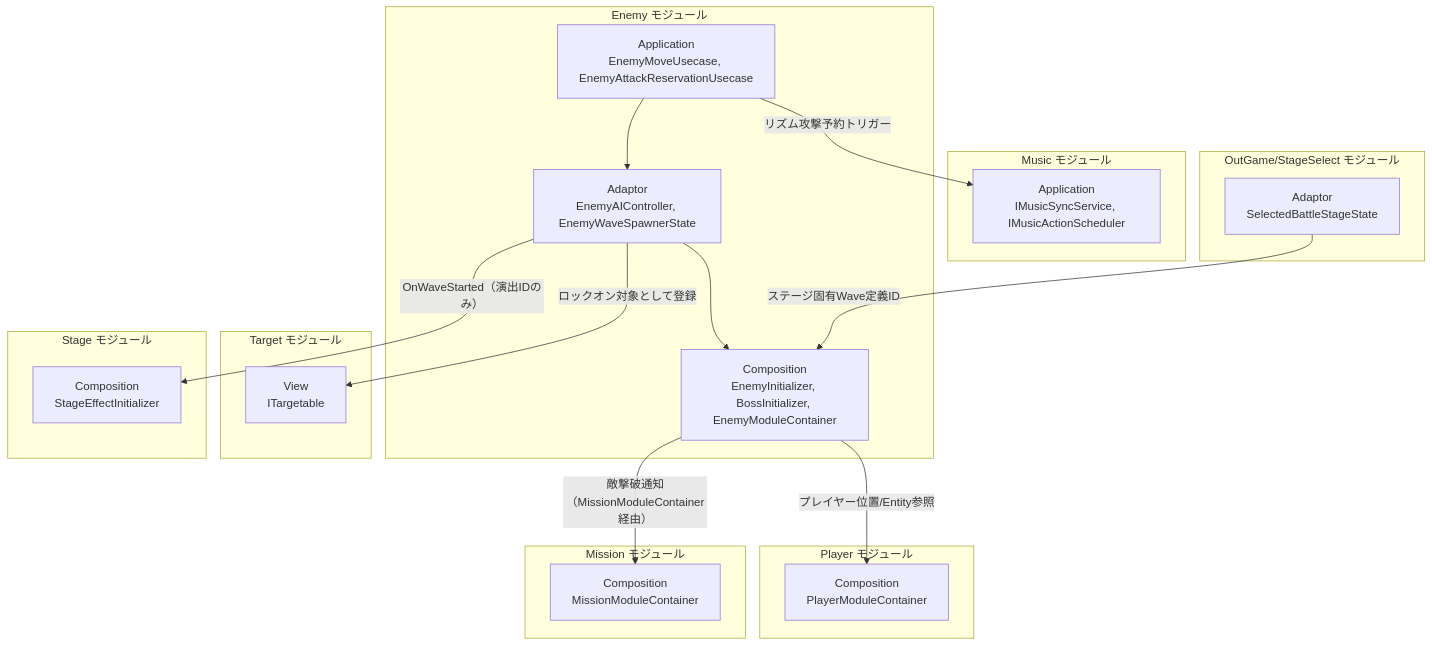
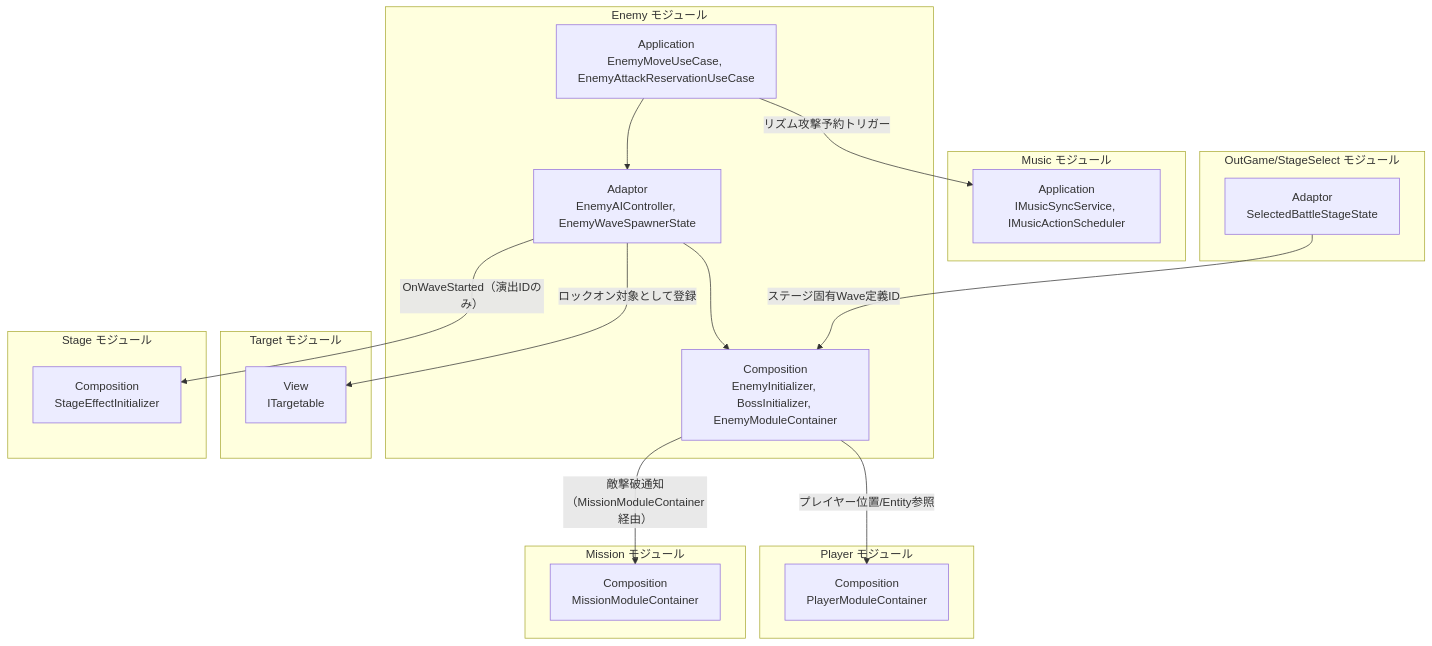
The first of 5 diagrams in Assets/Docs/ScriptsDocs/Modules/NotionModuleDocs/Enemy.md (HIBIKI5201/SymphonyKillChord), drawn with Mermaid before and after one commit. The commit also changed other lines of this file and 89 other files, not shown here.

First line of the commit message:
refactor: 型名の綴りと表記ゆれを直す（AttackPipelineAsset・UseCase・Repository）

````diff
--- a/Assets/Docs/ScriptsDocs/Modules/NotionModuleDocs/Enemy.md
+++ b/Assets/Docs/ScriptsDocs/Modules/NotionModuleDocs/Enemy.md
@@ -86,43 +86,43 @@
 ```mermaid
 graph TD
     %% 定義 (接続のないレイヤーは省略)
     subgraph EnemyModule [Enemy モジュール]
-        E_App["Application<br>EnemyMoveUsecase, EnemyAttackReservationUsecase"]
+        E_App["Application<br>EnemyMoveUseCase, EnemyAttackReservationUseCase"]
         E_Adaptor["Adaptor<br>EnemyAIController, EnemyWaveSpawnerState"]
         E_Composition["Composition<br>EnemyInitializer, BossInitializer, EnemyModuleContainer"]
         E_App --> E_Adaptor
         E_Adaptor --> E_Composition
     end
 
     subgraph PlayerModule [Player モジュール]
         P_Composition["Composition<br>PlayerModuleContainer"]
     end
 
     subgraph MusicModule [Music モジュール]
         M_App["Application<br>IMusicSyncService, IMusicActionScheduler"]
     end
 
     subgraph TargetModule [Target モジュール]
         T_View["View<br>ITargetable"]
     end
 
     subgraph StageSelectModule [OutGame/StageSelect モジュール]
         SS_Adaptor["Adaptor<br>SelectedBattleStageState"]
     end
 
     subgraph MissionModule [Mission モジュール]
         MS_Composition["Composition<br>MissionModuleContainer"]
     end
 
     subgraph StageModule [Stage モジュール]
         ST_Composition["Composition<br>StageEffectInitializer"]
     end
 
     %% 依存関係
     E_Composition -->|"プレイヤー位置/Entity参照"| P_Composition
     E_App -->|"リズム攻撃予約トリガー"| M_App
     E_Adaptor -->|"ロックオン対象として登録"| T_View
     SS_Adaptor -->|"ステージ固有Wave定義ID"| E_Composition
     E_Composition -->|"敵撃破通知（MissionModuleContainer経由）"| MS_Composition
     E_Adaptor -->|"OnWaveStarted（演出IDのみ）"| ST_Composition
 ```
````
